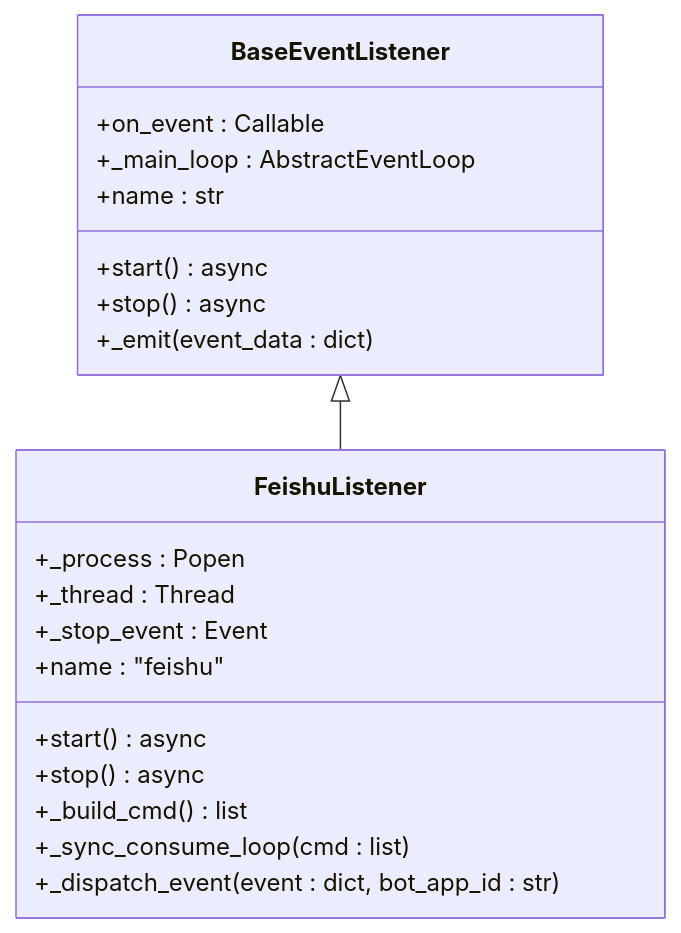
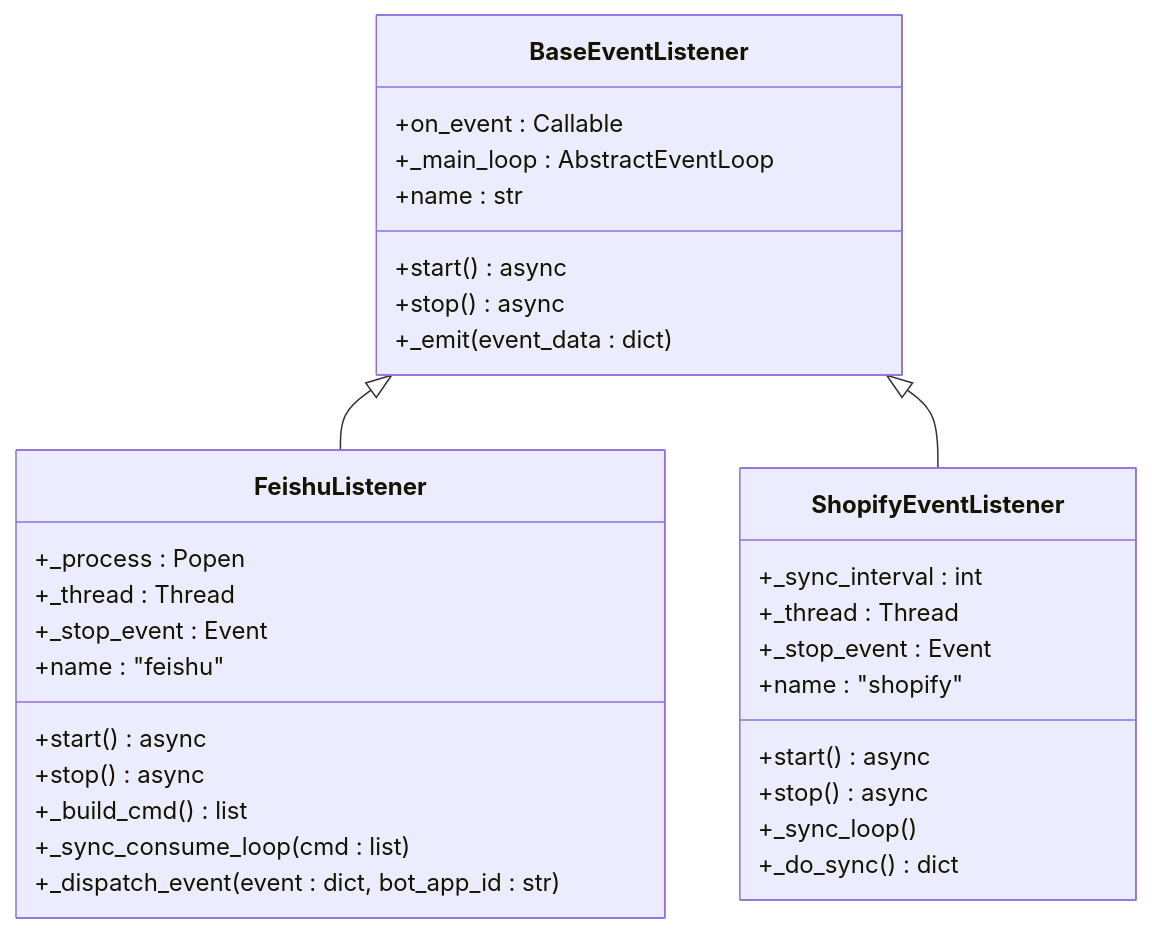
Before and after one commit to angledick/-: the third of 11 diagrams in .qoder/repowiki/zh/content/系统架构/事件驱动系统/事件监听器架构.md, drawn with Mermaid. The commit also changed other lines of this file and 313 other files, not shown here.

````diff
--- a/.qoder/repowiki/zh/content/系统架构/事件驱动系统/事件监听器架构.md
+++ b/.qoder/repowiki/zh/content/系统架构/事件驱动系统/事件监听器架构.md
@@ -150,23 +186,34 @@
 ```mermaid
 classDiagram
 class BaseEventListener {
 +on_event : Callable
 +_main_loop : AbstractEventLoop
 +name : str
 +start() async
 +stop() async
 +_emit(event_data : dict)
 }
 class FeishuListener {
 +_process : Popen
 +_thread : Thread
 +_stop_event : Event
 +name : "feishu"
 +start() async
 +stop() async
 +_build_cmd() list
 +_sync_consume_loop(cmd : list)
 +_dispatch_event(event : dict, bot_app_id : str)
 }
+class ShopifyEventListener {
++_sync_interval : int
++_thread : Thread
++_stop_event : Event
++name : "shopify"
++start() async
++stop() async
++_sync_loop()
++_do_sync() dict
+}
 BaseEventListener <|-- FeishuListener
+BaseEventListener <|-- ShopifyEventListener
 ```
````
